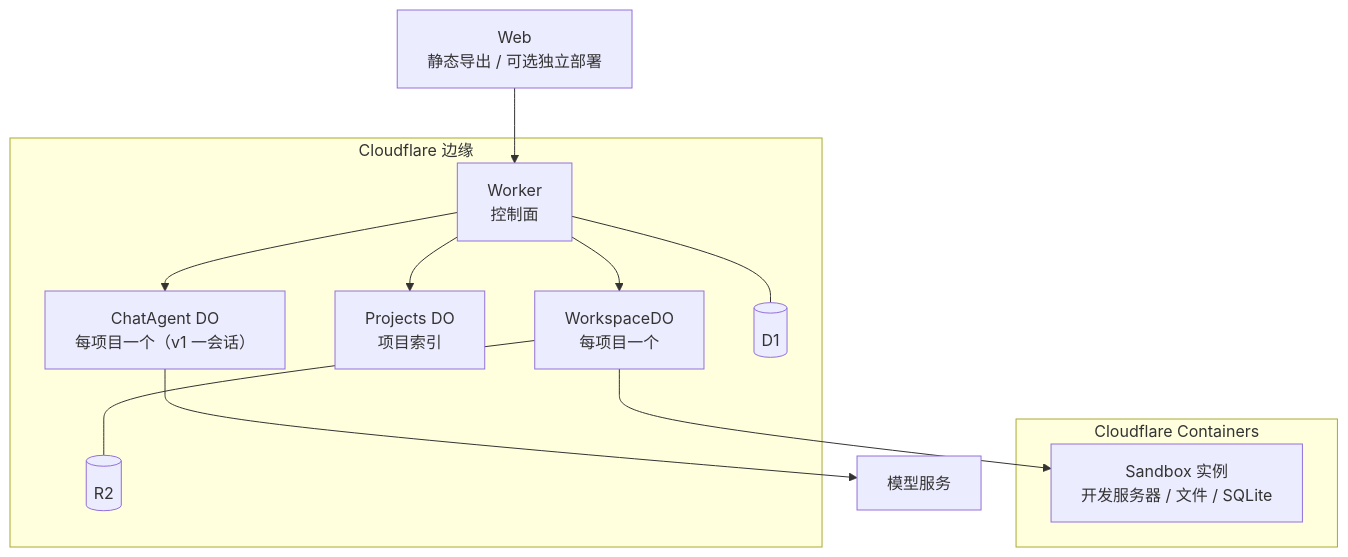
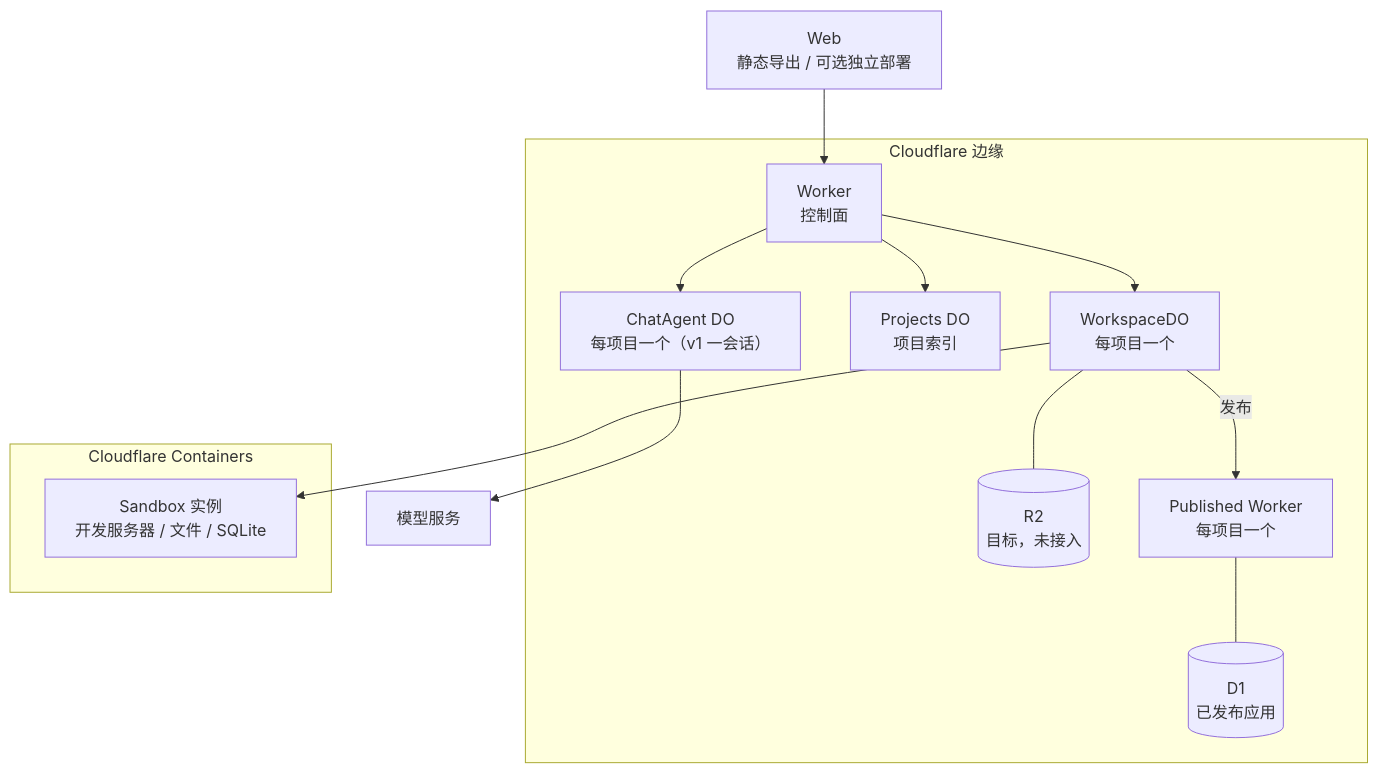
One commit to fengyj/atoms-lite changed the second of 7 diagrams in docs/architecture/system-architecture.md. Above: the diagram before and after it, drawn with Mermaid. The commit also changed other lines of this file and 6 other files, not shown here.

Commit message:
docs: sync architecture, data model, submission, and ADR for publishing

````diff
--- a/docs/architecture/system-architecture.md
+++ b/docs/architecture/system-architecture.md
@@ -76,24 +80,26 @@
 ```mermaid
 flowchart TB
   subgraph edge["Cloudflare 边缘"]
     worker["Worker<br/>控制面"]
     chat["ChatAgent DO<br/>每项目一个（v1 一会话）"]
     projects["Projects DO<br/>项目索引"]
     ws["WorkspaceDO<br/>每项目一个"]
-    d1[("D1")]
-    r2[("R2")]
+    d1[("D1<br/>已发布应用")]
+    r2[("R2<br/>目标，未接入")]
+    pub["Published Worker<br/>每项目一个"]
   end
 
   subgraph containers["Cloudflare Containers"]
     c1["Sandbox 实例<br/>开发服务器 / 文件 / SQLite"]
   end
 
   web["Web<br/>静态导出 / 可选独立部署"] --> worker
   worker --> chat
   worker --> projects
   worker --> ws
   ws --> c1
+  ws -->|"发布"| pub
+  pub --- d1
   chat --> model["模型服务"]
-  worker --- d1
   ws --- r2
 ```
````
